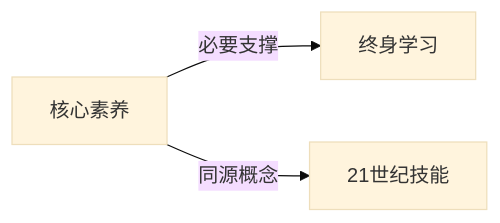
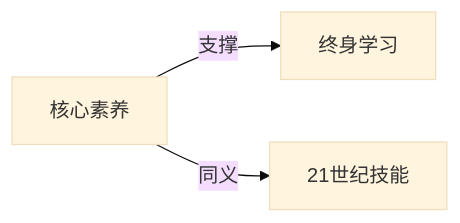
One commit to KIMMCHOW/MyKnowledge changed the diagram in Knowledge/Concepts/教育/核心素养.md. Above: the diagram before and after it, drawn with Mermaid (base theme). The commit also changed 95 other files, not shown here.

Commit message:
reorganize: 统一关系图边标签为11类

````diff
--- a/Knowledge/Concepts/教育/核心素养.md
+++ b/Knowledge/Concepts/教育/核心素养.md
@@ -41,5 +41,5 @@
 ```mermaid
 graph LR
-核心素养 -->|必要支撑| 终身学习
-核心素养 -->|同源概念| 21世纪技能
+核心素养 -->|支撑| 终身学习
+核心素养 -->|同义| 21世纪技能
 ```
````
